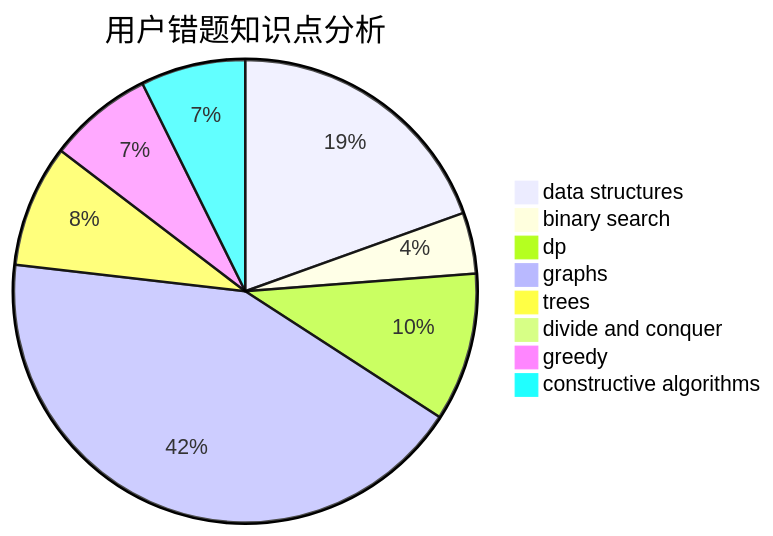
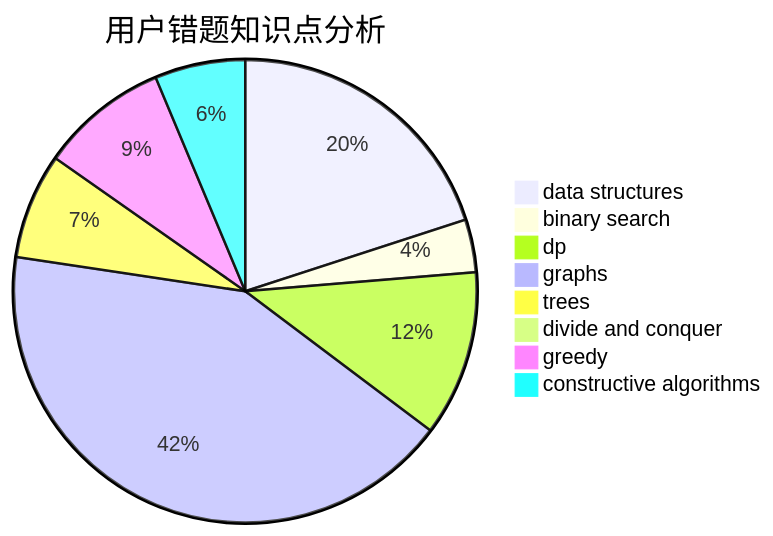
One commit to sherpahu/cfrs.github.io changed the third of 3 diagrams in docs/user/u1784.md. Above: the diagram before and after it, drawn with Mermaid. The commit also changed other lines of this file and 2770 other files, not shown here.

````diff
--- a/docs/user/u1784.md
+++ b/docs/user/u1784.md
@@ -36,11 +36,11 @@
 ```mermaid
 pie title 用户错题知识点分析
-    "data structures" :  64
+    "data structures" :  76
     "binary search" :  14
-    "dp" :  34
-    "graphs" :  140
+    "dp" :  44
+    "graphs" :  160
     "trees" :  28
     "divide and conquer" :  2
-    "greedy" :  24
+    "greedy" :  34
     "constructive algorithms" :  24
 ```
````
